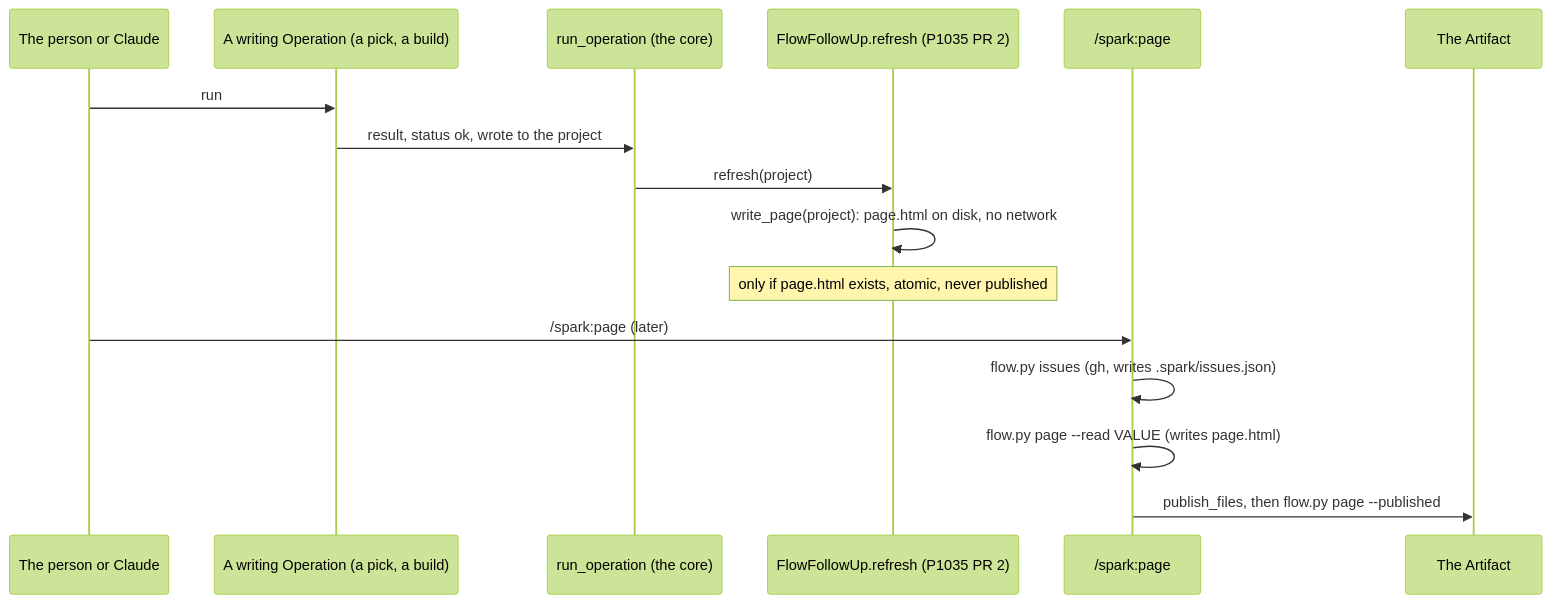
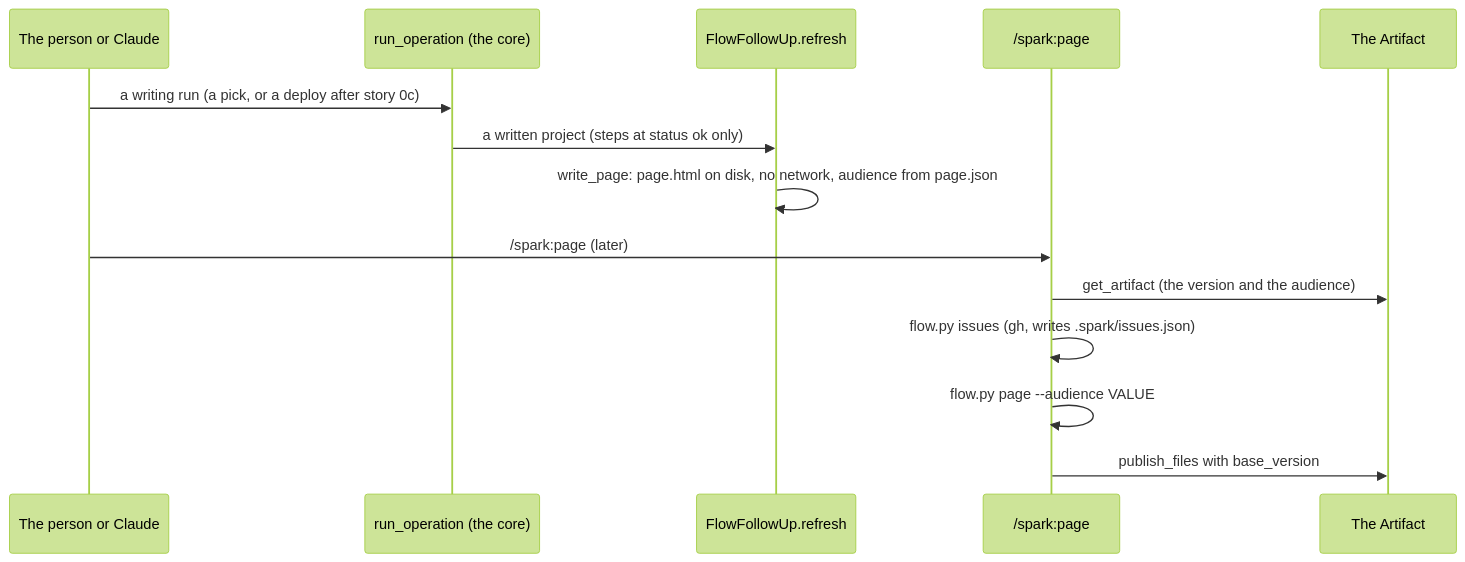
The second of 5 diagrams in docs/discovery/2026-11-23-p1038-page-design/design.md (xmejkal/spark), drawn with Mermaid (forest theme) before and after one commit. The commit also changed other lines of this file and 1 other file, not shown here.

Commit message:
P1038 design: revised after round 1, with the delegated council's answers (Q-A to Q-G) and D29 TypeScript

````diff
--- a/docs/discovery/2026-11-23-p1038-page-design/design.md
+++ b/docs/discovery/2026-11-23-p1038-page-design/design.md
@@ -124,18 +133,16 @@
 ```mermaid
 sequenceDiagram
   participant P as The person or Claude
-  participant O as A writing Operation (a pick, a build)
   participant C as run_operation (the core)
-  participant F as FlowFollowUp.refresh (P1035 PR 2)
+  participant F as FlowFollowUp.refresh
   participant S as /spark:page
   participant A as The Artifact
-  P->>O: run
-  O->>C: result, status ok, wrote to the project
-  C->>F: refresh(project)
-  F->>F: write_page(project): page.html on disk, no network
-  Note over F: only if page.html exists, atomic, never published
+  P->>C: a writing run (a pick, or a deploy after story 0c)
+  C->>F: a written project (steps at status ok only)
+  F->>F: write_page: page.html on disk, no network, audience from page.json
   P->>S: /spark:page (later)
+  S->>A: get_artifact (the version and the audience)
   S->>S: flow.py issues (gh, writes .spark/issues.json)
-  S->>S: flow.py page --read VALUE (writes page.html)
-  S->>A: publish_files, then flow.py page --published
+  S->>S: flow.py page --audience VALUE
+  S->>A: publish_files with base_version
 ```
````
